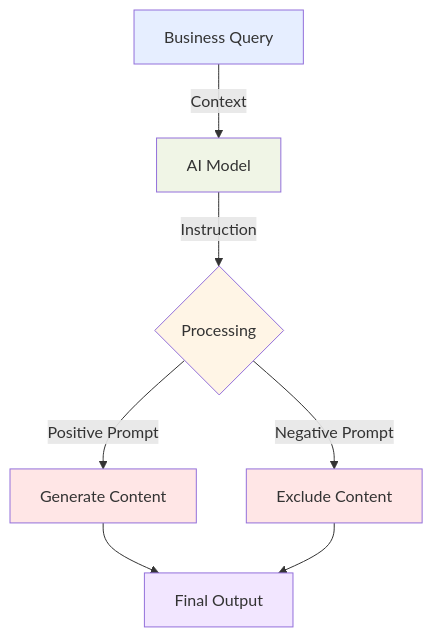
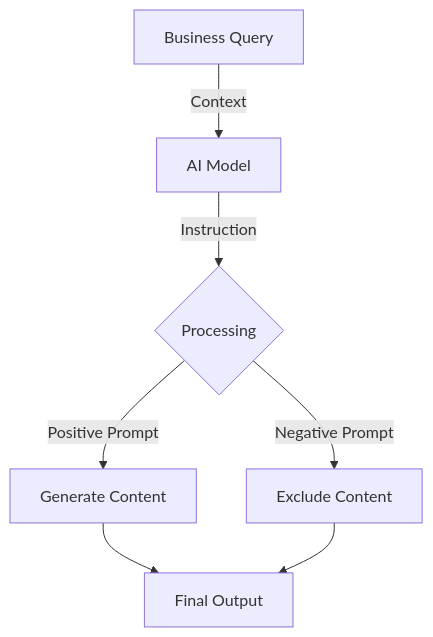
One commit to CloudCityPress/aws-aif-c01 changed the first of 4 diagrams in english/30_20_Prompt_engineering.md. Above: the diagram before and after it, drawn with Mermaid. The commit also changed other lines of this file and 16 other files, not shown here.

Commit message:
updating Mermaids

````diff
--- a/english/30_20_Prompt_engineering.md
+++ b/english/30_20_Prompt_engineering.md
@@ -23,15 +23,9 @@
 ```mermaid
 flowchart TD
     A[Business Query] -->|Context| B[AI Model]
     B -->|Instruction| C{Processing}
     C -->|Positive Prompt| D[Generate Content]
     C -->|Negative Prompt| E[Exclude Content]
     D --> F[Final Output]
     E --> F
-    style A fill:#e6eeff
-    style B fill:#f0f5e6
-    style C fill:#fff5e6
-    style D fill:#ffe6e6
-    style E fill:#ffe6e6
-    style F fill:#f2e6ff
 ```
````
